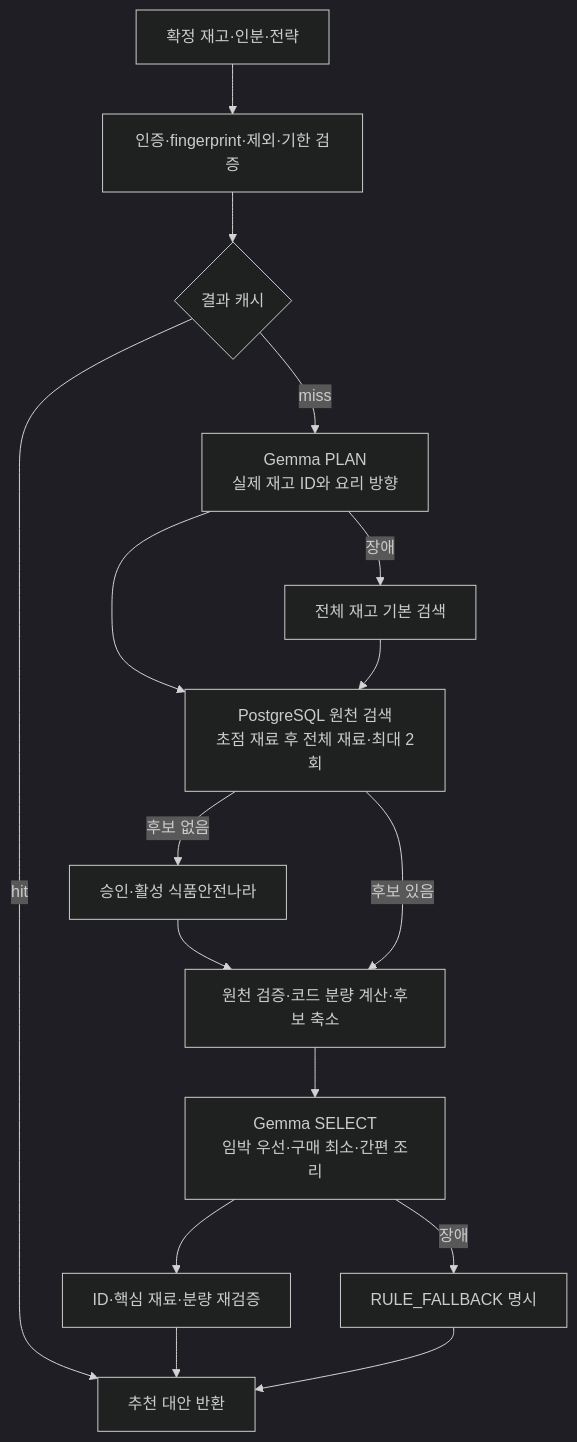
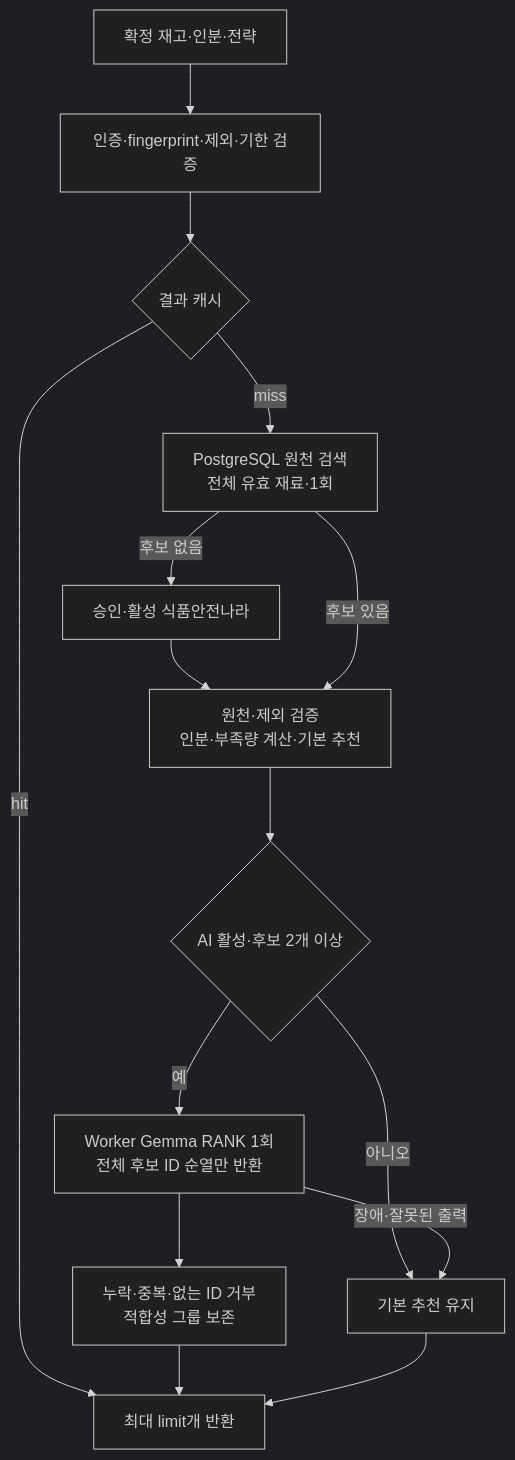
One commit to 100-hours-a-week/KTB4-5th-AI changed the diagram in fastapi/docs/recipe_ai_recommendations.md. Above: the diagram before and after it, drawn with Mermaid (dark theme). The commit also changed other lines of this file and 16 other files, not shown here.

````diff
--- a/fastapi/docs/recipe_ai_recommendations.md
+++ b/fastapi/docs/recipe_ai_recommendations.md
@@ -7,18 +7,17 @@
 ```mermaid
 flowchart TD
     BE[확정 재고·인분·전략] --> V[인증·fingerprint·제외·기한 검증]
     V --> C{결과 캐시}
-    C -- hit --> OUT[추천 대안 반환]
-    C -- miss --> P[Gemma PLAN<br/>실제 재고 ID와 요리 방향]
-    P --> DB[PostgreSQL 원천 검색<br/>초점 재료 후 전체 재료·최대 2회]
-    P -- 장애 --> RULE[전체 재고 기본 검색]
-    RULE --> DB
+    C -- hit --> OUT[최대 limit개 반환]
+    C -- miss --> DB[PostgreSQL 원천 검색<br/>전체 유효 재료·1회]
     DB -- 후보 없음 --> SOURCE[승인·활성 식품안전나라]
-    SOURCE --> Q[원천 검증·코드 분량 계산·후보 축소]
+    SOURCE --> Q[원천·제외 검증<br/>인분·부족량 계산·기본 추천]
     DB -- 후보 있음 --> Q
-    Q --> A[Gemma SELECT<br/>임박 우선·구매 최소·간편 조리]
-    A --> CHECK[ID·핵심 재료·분량 재검증]
-    A -- 장애 --> F[RULE_FALLBACK 명시]
+    Q --> NEED{AI 활성·후보 2개 이상}
+    NEED -- 아니오 --> BASE[기본 추천 유지]
+    NEED -- 예 --> A[Worker Gemma RANK 1회<br/>전체 후보 ID 순열만 반환]
+    A --> CHECK[누락·중복·없는 ID 거부<br/>적합성 그룹 보존]
+    A -- 장애·잘못된 출력 --> BASE
     CHECK --> OUT
-    F --> OUT
+    BASE --> OUT
 ```
````
